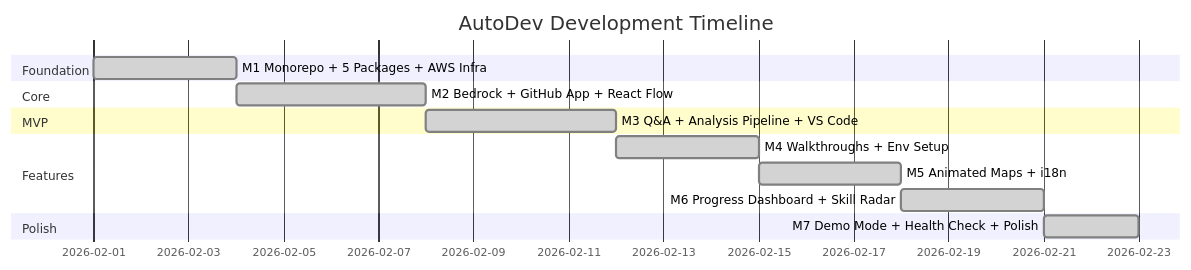
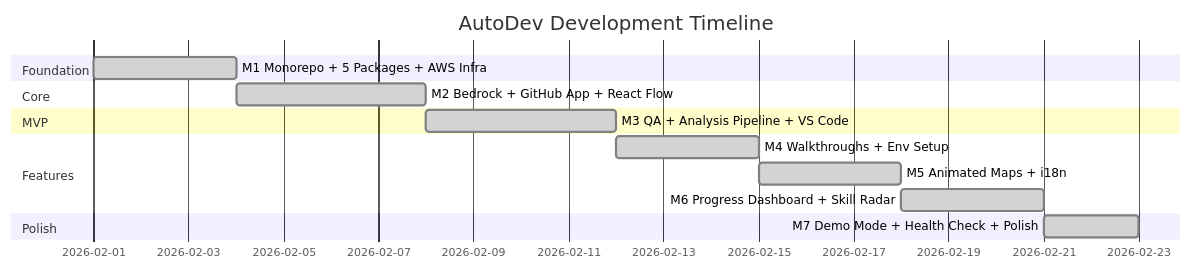
Before and after one commit to STIWARTs/AutoDev-AI: diagram 11 of 14 in README.md, drawn with Mermaid. The commit also changed other lines of this file, not shown here.

Commit message:
docs: fix mermaid parse errors - remove emojis from diagrams, fix S3 style typo

````diff
--- a/README.md
+++ b/README.md
@@ -792,17 +802,17 @@
 ```mermaid
 gantt
     title AutoDev Development Timeline
     dateFormat  YYYY-MM-DD
     section Foundation
     M1 Monorepo + 5 Packages + AWS Infra  :done, m1, 2026-02-01, 3d
     section Core
     M2 Bedrock + GitHub App + React Flow  :done, m2, after m1, 4d
     section MVP
-    M3 Q&A + Analysis Pipeline + VS Code  :done, m3, after m2, 4d
+    M3 QA + Analysis Pipeline + VS Code   :done, m3, after m2, 4d
     section Features
     M4 Walkthroughs + Env Setup           :done, m4, after m3, 3d
     M5 Animated Maps + i18n               :done, m5, after m4, 3d
     M6 Progress Dashboard + Skill Radar   :done, m6, after m5, 3d
     section Polish
     M7 Demo Mode + Health Check + Polish  :done, m7, after m6, 2d
 ```
````
